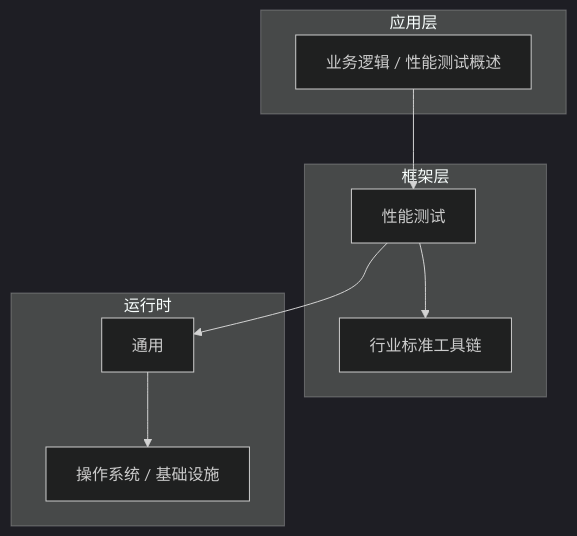
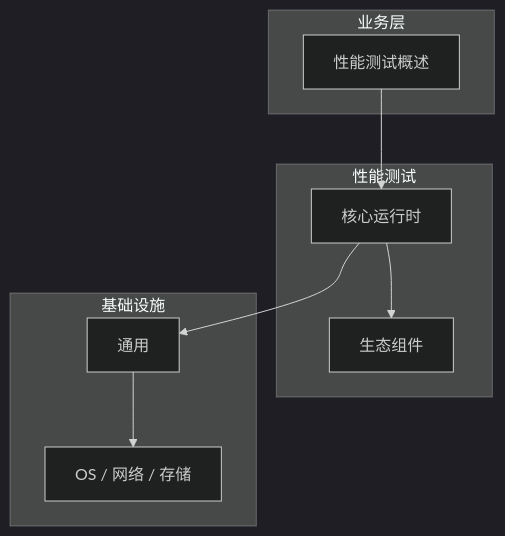
Before and after one commit to yanggan2015/knowledge-json-v2: the diagram in articles/性能测试/chapters/001-性能测试概述核心概念与原理.md, drawn with Mermaid (dark theme). The commit also changed other lines of this file and 10127 other files, not shown here.

````diff
--- a/articles/性能测试/chapters/001-性能测试概述核心概念与原理.md
+++ b/articles/性能测试/chapters/001-性能测试概述核心概念与原理.md
@@ -45,18 +34,18 @@
 ```mermaid
 graph TB
-    subgraph 应用层
-        A[业务逻辑 / 性能测试概述]
+    subgraph 业务层
+        A[性能测试概述]
     end
-    subgraph 框架层
-        B[性能测试]
-        C[行业标准工具链]
+    subgraph 性能测试
+        B[核心运行时]
+        C[生态组件]
     end
-    subgraph 运行时
+    subgraph 基础设施
         D[通用]
-        E[操作系统 / 基础设施]
+        E[OS / 网络 / 存储]
     end
     A --> B
     B --> C
     B --> D
     D --> E
 ```
````
